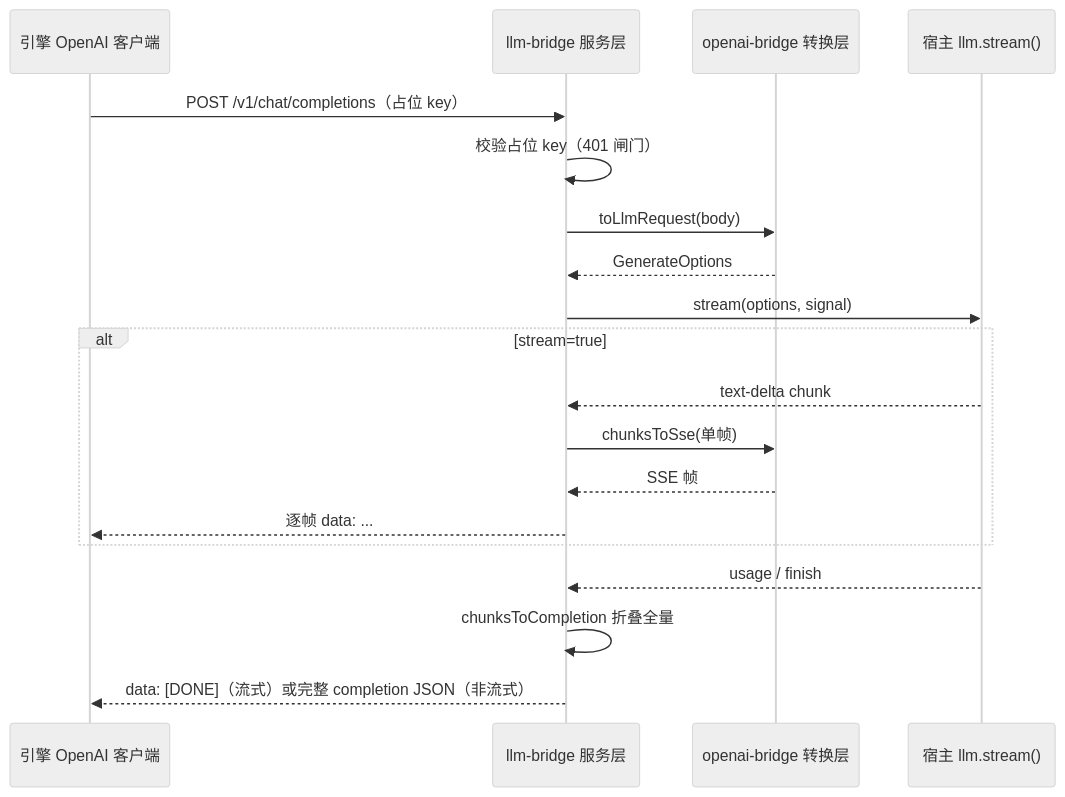
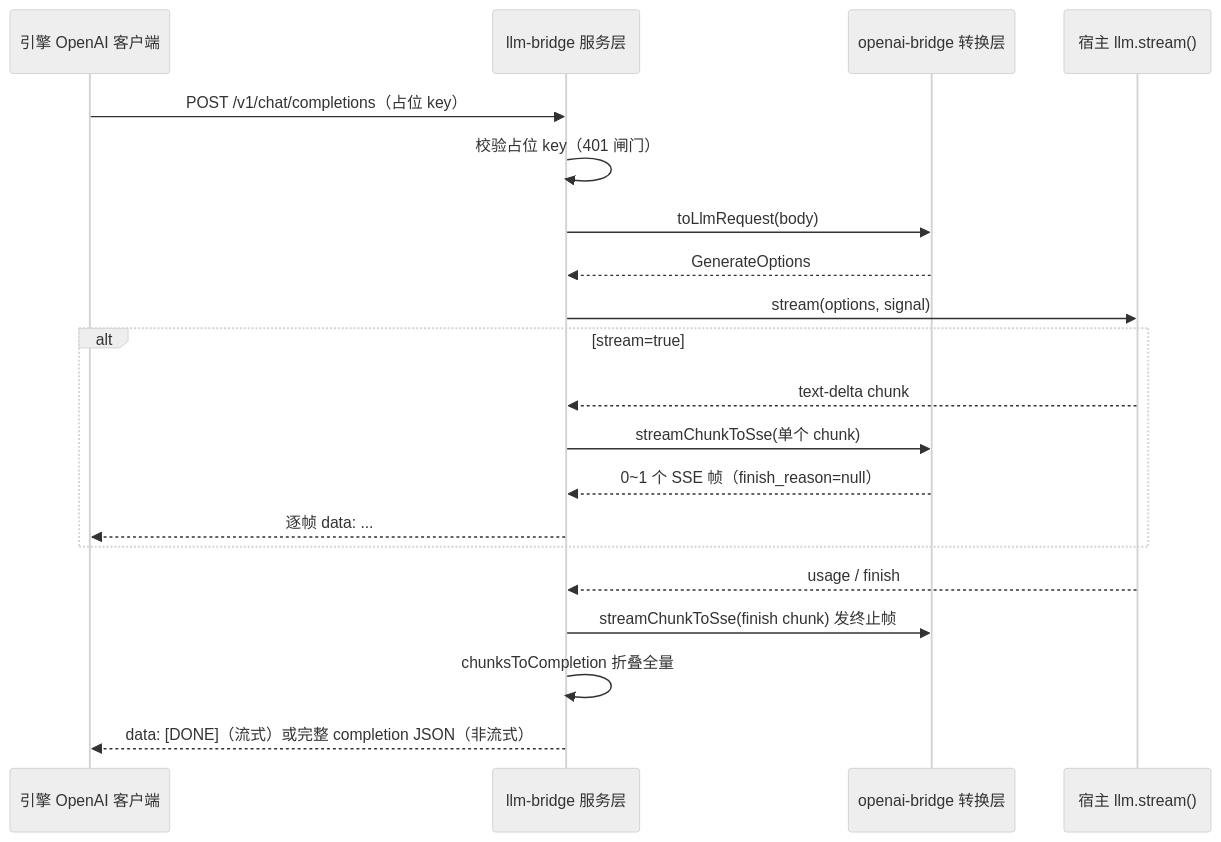
One commit to ikliml666/dsh-codewiki changed the fourth of 4 diagrams in .codewiki/modules/llm-integration-bridges.md. Above: the diagram before and after it, drawn with Mermaid (neutral theme). The commit also changed other lines of this file and 10 other files, not shown here.

````diff
--- a/.codewiki/modules/llm-integration-bridges.md
+++ b/.codewiki/modules/llm-integration-bridges.md
@@ -139,22 +148,23 @@
 ```mermaid
 sequenceDiagram
     participant Engine as 引擎 OpenAI 客户端
     participant Bridge as llm-bridge 服务层
     participant Conv as openai-bridge 转换层
     participant LLM as 宿主 llm.stream()
 
     Engine->>Bridge: POST /v1/chat/completions（占位 key）
     Bridge->>Bridge: 校验占位 key（401 闸门）
     Bridge->>Conv: toLlmRequest(body)
     Conv-->>Bridge: GenerateOptions
     Bridge->>LLM: stream(options, signal)
     alt stream=true
         LLM-->>Bridge: text-delta chunk
-        Bridge->>Conv: chunksToSse(单帧)
-        Conv-->>Bridge: SSE 帧
+        Bridge->>Conv: streamChunkToSse(单个 chunk)
+        Conv-->>Bridge: 0~1 个 SSE 帧（finish_reason=null）
         Bridge-->>Engine: 逐帧 data: ...
     end
     LLM-->>Bridge: usage / finish
+    Bridge->>Conv: streamChunkToSse(finish chunk) 发终止帧
     Bridge->>Bridge: chunksToCompletion 折叠全量
     Bridge-->>Engine: data: [DONE]（流式）或完整 completion JSON（非流式）
 ```
````
